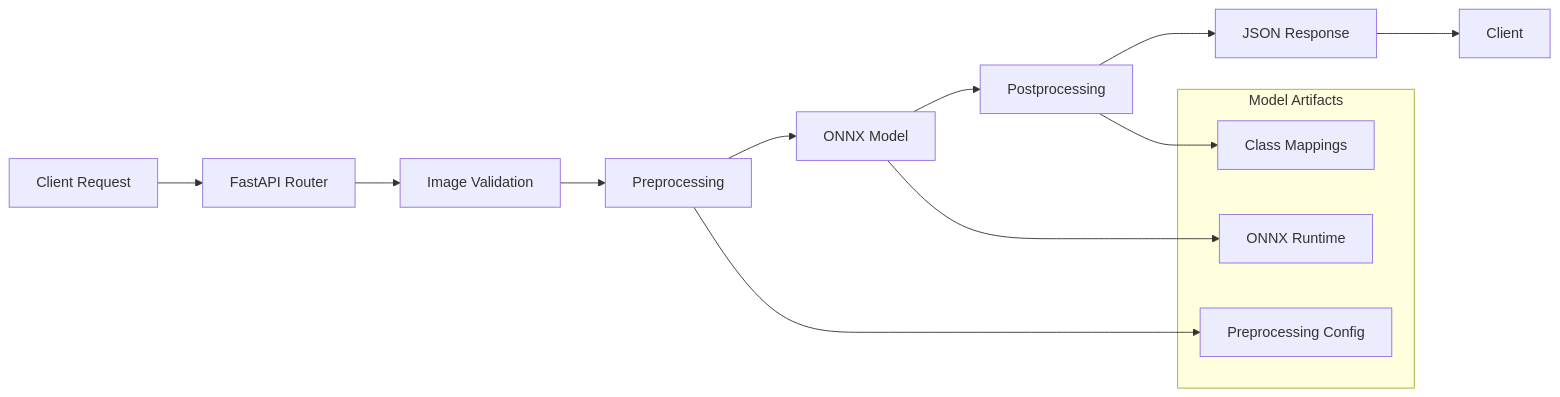
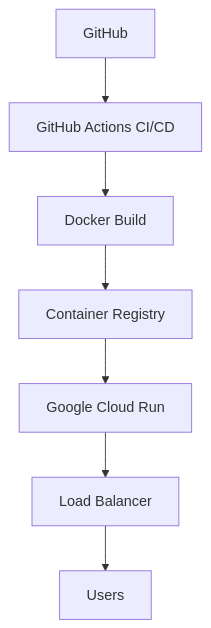
One commit to Aryan-Mi/dtu-vibe-ops-02476 changed the fourth of 4 diagrams in docs/source/architecture.md. Above: the diagram before and after it, drawn with Mermaid. The commit also changed other lines of this file and 22 other files, not shown here.

````diff
--- a/docs/source/architecture.md
+++ b/docs/source/architecture.md
@@ -430,20 +61,9 @@
 ```mermaid
-flowchart LR
-    A[Client Request] --> B[FastAPI Router]
-    B --> C[Image Validation]
-    C --> D[Preprocessing]
-    D --> E[ONNX Model]
-    E --> F[Postprocessing]
-    F --> G[JSON Response]
-    G --> H[Client]
-    
-    subgraph "Model Artifacts"
-        I[ONNX Runtime]
-        J[Preprocessing Config]
-        K[Class Mappings]
-    end
-    
-    E --> I
-    D --> J
-    F --> K
+graph TD
+    A[GitHub] --> B[GitHub Actions CI/CD]
+    B --> C[Docker Build]
+    C --> D[Container Registry]
+    D --> E[Google Cloud Run]
+    E --> F[Load Balancer]
+    F --> G[Users]
 ```
````
